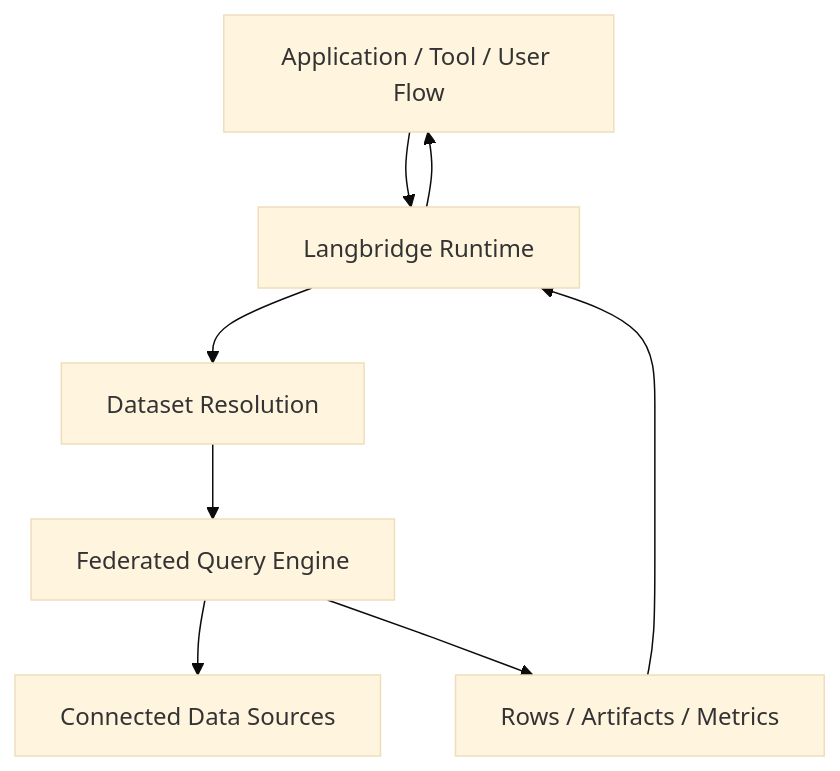
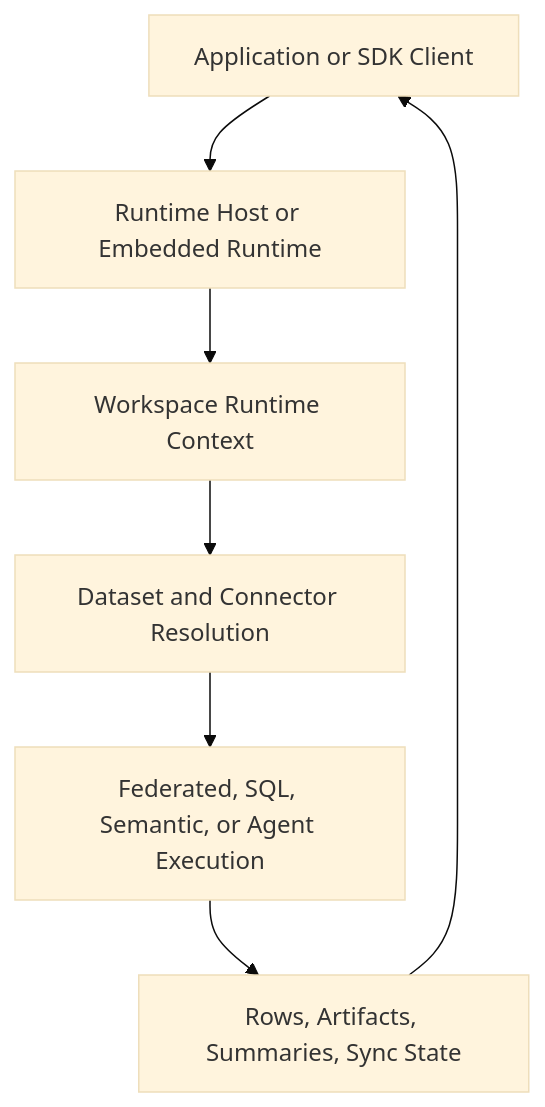
The diagram in docs/architecture/overview.md (CallumWalterWhite/langbridge), drawn with Mermaid (base theme) before and after one commit. The commit also changed other lines of this file and 761 other files, not shown here.

````diff
--- a/docs/architecture/overview.md
+++ b/docs/architecture/overview.md
@@ -15,10 +23,9 @@
 ```mermaid
 flowchart TD
-    APP[Application / Tool / User Flow] --> RT[Langbridge Runtime]
-    RT --> DS[Dataset Resolution]
-    DS --> FQE[Federated Query Engine]
-    FQE --> SRC[Connected Data Sources]
-    FQE --> RES[Rows / Artifacts / Metrics]
-    RES --> RT
-    RT --> APP
+    APP[Application or SDK Client] --> HOST[Runtime Host or Embedded Runtime]
+    HOST --> CTX[Workspace Runtime Context]
+    CTX --> DATA[Dataset and Connector Resolution]
+    DATA --> EXEC[Federated, SQL, Semantic, or Agent Execution]
+    EXEC --> RES[Rows, Artifacts, Summaries, Sync State]
+    RES --> APP
 ```
````
